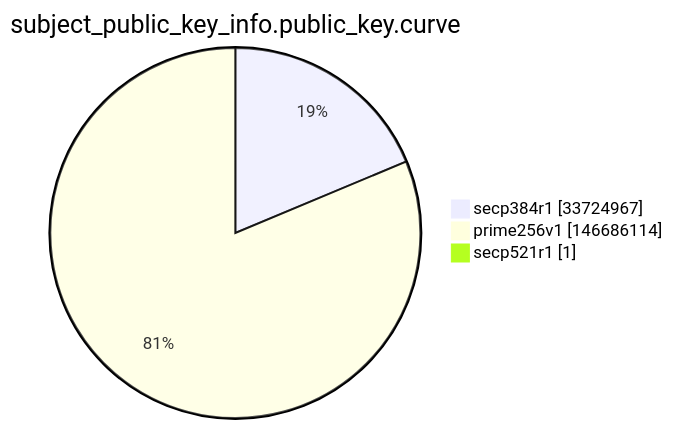
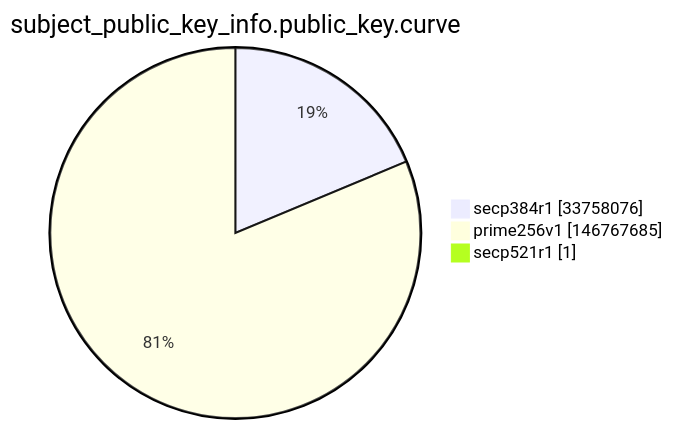
The ninth of 15 diagrams in argon2022/README.md (christiankrug/ctmonitor_visualization), drawn with Mermaid before and after one commit. The commit also changed other lines of this file, not shown here.

````diff
--- a/argon2022/README.md
+++ b/argon2022/README.md
@@ -2764,7 +2764,7 @@
 ```mermaid
 pie showData
 title subject_public_key_info.public_key.curve
-"secp384r1" :33724967
-"prime256v1" :146686114
+"secp384r1" :33758076
+"prime256v1" :146767685
 "secp521r1" :1
 ```
````
